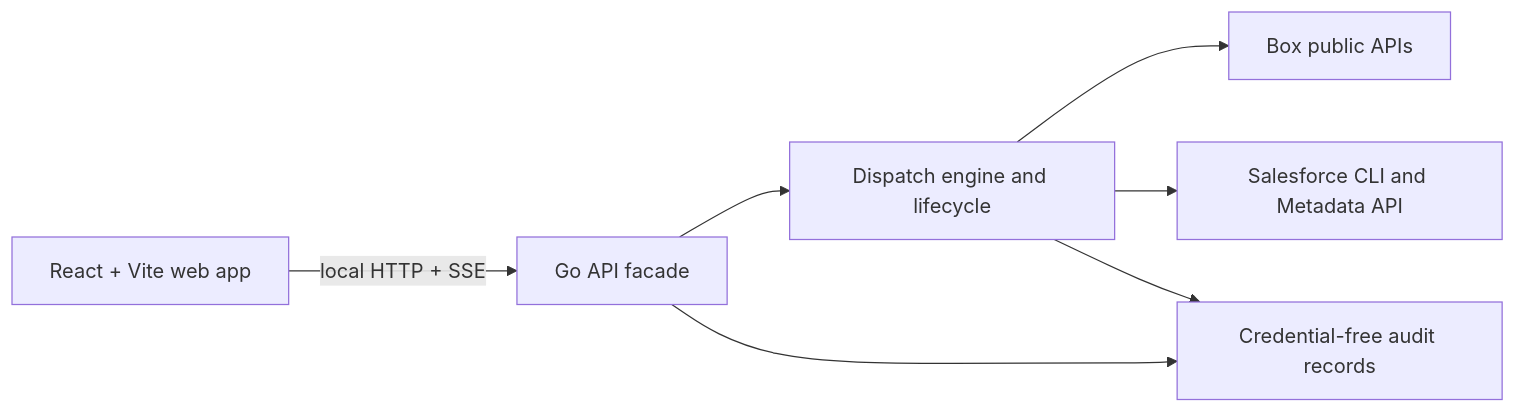
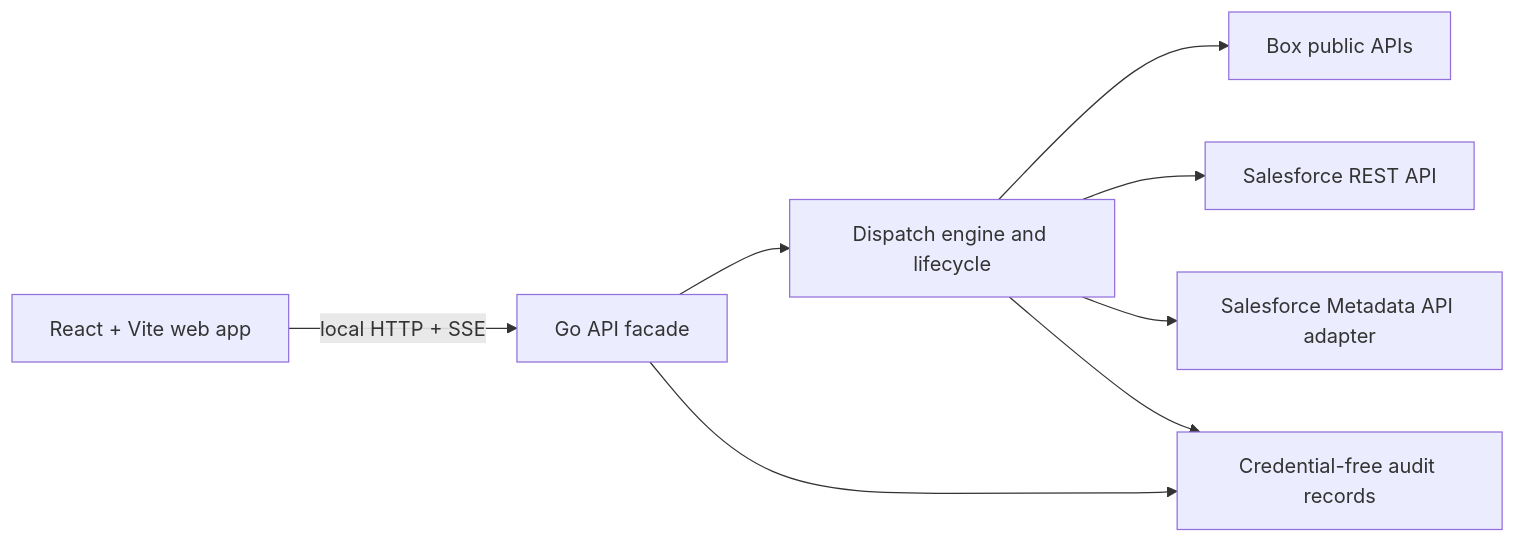
Before and after one commit to unofficialbox/box-dispatch: the diagram in docs/WEB_APP_ARCHITECTURE.md, drawn with Mermaid. The commit also changed other lines of this file and 37 other files, not shown here.

````diff
--- a/docs/WEB_APP_ARCHITECTURE.md
+++ b/docs/WEB_APP_ARCHITECTURE.md
@@ -10,9 +10,10 @@
 ```mermaid
 flowchart LR
     Browser["React + Vite web app"] -->|"local HTTP + SSE"| API["Go API facade"]
     API --> Engine["Dispatch engine and lifecycle"]
     Engine --> Box["Box public APIs"]
-    Engine --> Salesforce["Salesforce CLI and Metadata API"]
+    Engine --> SalesforceREST["Salesforce REST API"]
+    Engine --> SalesforceMetadata["Salesforce Metadata API adapter"]
     Engine --> Audit["Credential-free audit records"]
     API --> Audit
 ```
````
